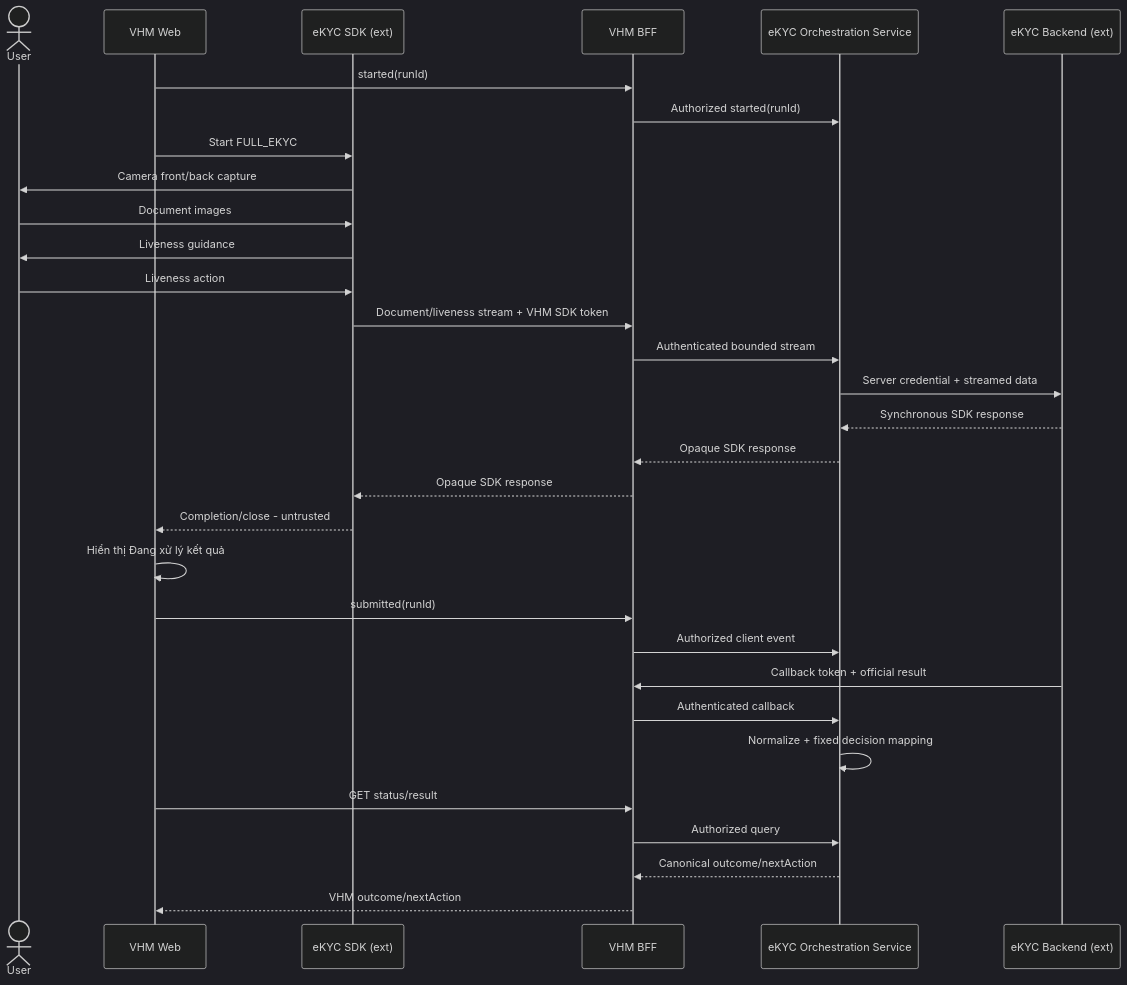
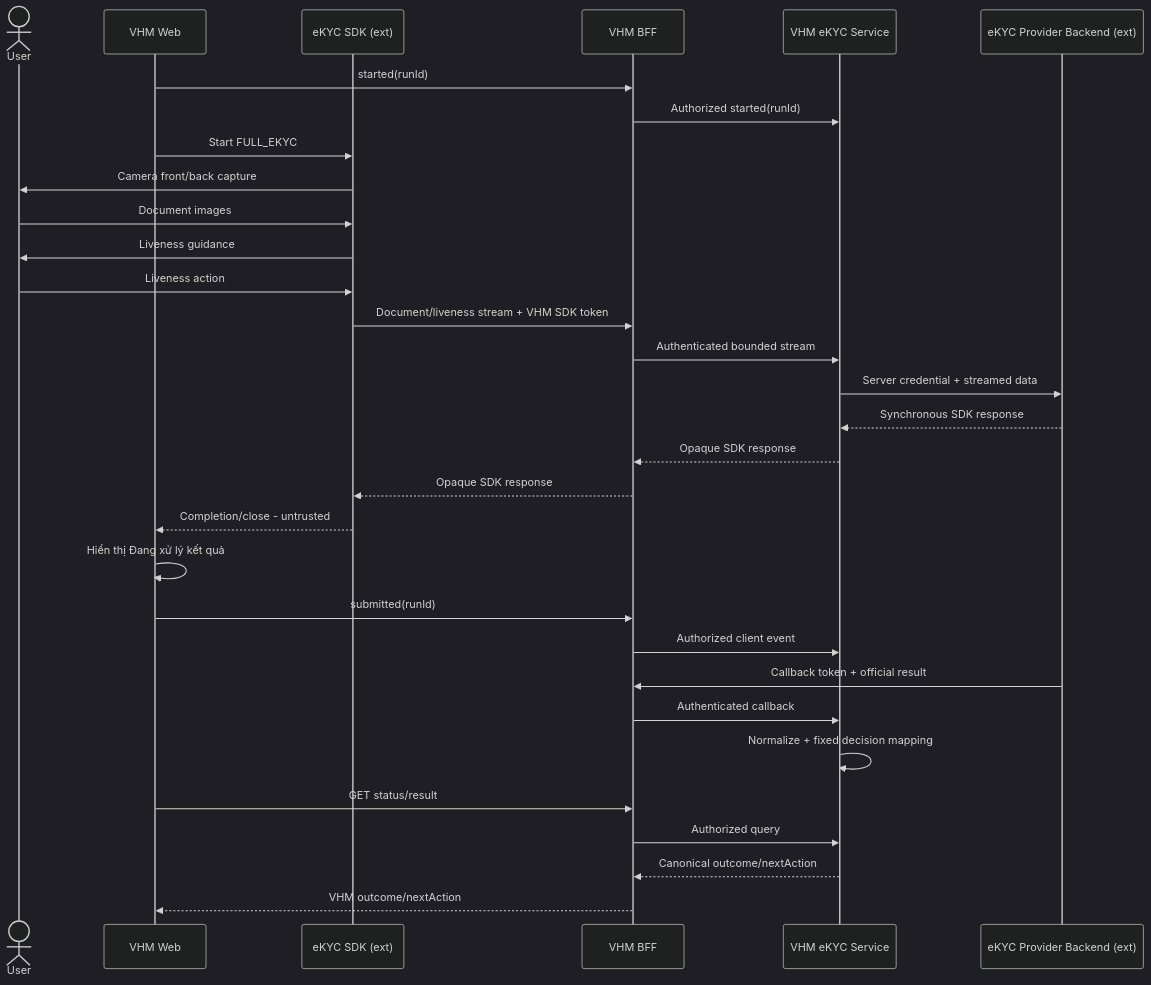
Before and after one commit to huynv-xyz/vhm: diagram 12 of 16 in README.md, drawn with Mermaid (dark theme). The commit also changed other lines of this file, not shown here.

````diff
--- a/README.md
+++ b/README.md
@@ -1173,33 +1167,33 @@
 ```mermaid
 sequenceDiagram
     actor User
     participant WEB as VHM Web
     participant SDK as eKYC SDK (ext)
     participant BFF as VHM BFF
-    participant Orchestrator as eKYC Orchestration Service
-    participant BACKEND as eKYC Backend (ext)
+    participant EKYC_SERVICE as VHM eKYC Service
+    participant BACKEND as eKYC Provider Backend (ext)
     WEB->>BFF: started(runId)
-    BFF->>Orchestrator: Authorized started(runId)
+    BFF->>EKYC_SERVICE: Authorized started(runId)
     WEB->>SDK: Start FULL_EKYC
     SDK->>User: Camera front/back capture
     User->>SDK: Document images
     SDK->>User: Liveness guidance
     User->>SDK: Liveness action
     SDK->>BFF: Document/liveness stream + VHM SDK token
-    BFF->>Orchestrator: Authenticated bounded stream
-    Orchestrator->>BACKEND: Server credential + streamed data
-    BACKEND-->>Orchestrator: Synchronous SDK response
-    Orchestrator-->>BFF: Opaque SDK response
+    BFF->>EKYC_SERVICE: Authenticated bounded stream
+    EKYC_SERVICE->>BACKEND: Server credential + streamed data
+    BACKEND-->>EKYC_SERVICE: Synchronous SDK response
+    EKYC_SERVICE-->>BFF: Opaque SDK response
     BFF-->>SDK: Opaque SDK response
     SDK-->>WEB: Completion/close - untrusted
     WEB->>WEB: Hiển thị Đang xử lý kết quả
     WEB->>BFF: submitted(runId)
-    BFF->>Orchestrator: Authorized client event
+    BFF->>EKYC_SERVICE: Authorized client event
     BACKEND->>BFF: Callback token + official result
-    BFF->>Orchestrator: Authenticated callback
-    Orchestrator->>Orchestrator: Normalize + fixed decision mapping
+    BFF->>EKYC_SERVICE: Authenticated callback
+    EKYC_SERVICE->>EKYC_SERVICE: Normalize + fixed decision mapping
     WEB->>BFF: GET status/result
-    BFF->>Orchestrator: Authorized query
-    Orchestrator-->>BFF: Canonical outcome/nextAction
+    BFF->>EKYC_SERVICE: Authorized query
+    EKYC_SERVICE-->>BFF: Canonical outcome/nextAction
     BFF-->>WEB: VHM outcome/nextAction
 ```
````
